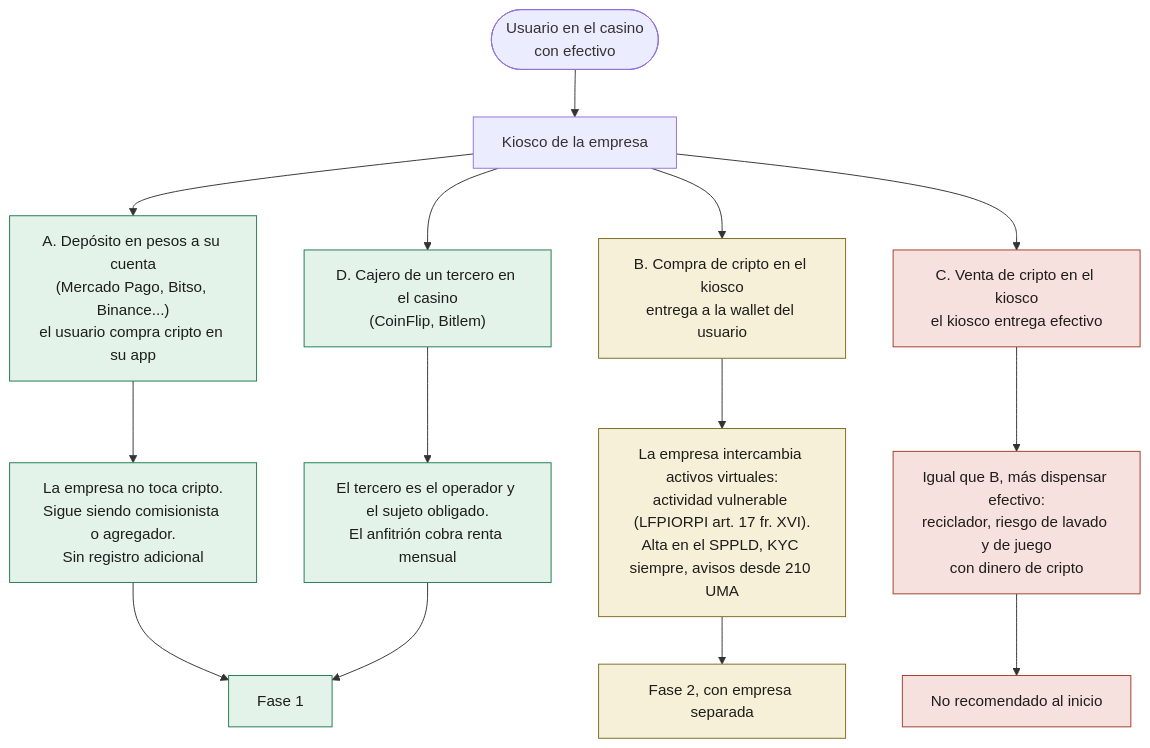
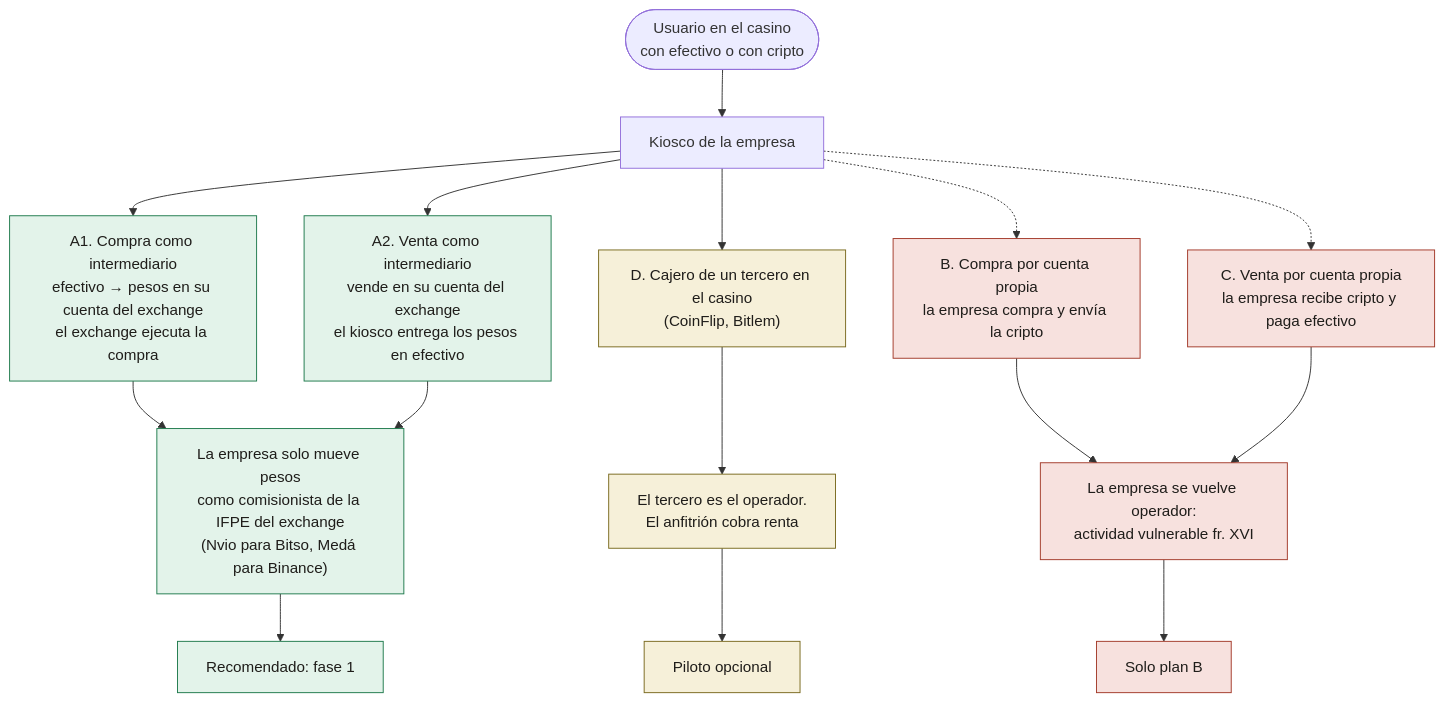
One commit to LuisMaciasC/mclr changed the diagram in estudios/diagramas/d7-cripto-modalidades.mmd. Above: the diagram before and after it, drawn with Mermaid. The commit also changed 7 other files, not shown here.

First line of the commit message:
Versión 5.1: las 72 entidades en todas las comparativas y cripto como intermediario

```diff
--- a/estudios/diagramas/d7-cripto-modalidades.mmd
+++ b/estudios/diagramas/d7-cripto-modalidades.mmd
@@ -1,21 +1,22 @@
 flowchart TB
-  U(["Usuario en el casino<br/>con efectivo"])
+  U(["Usuario en el casino<br/>con efectivo o con cripto"])
   U --> K["Kiosco de la empresa"]
-  K --> A["A. Depósito en pesos a su cuenta<br/>(Mercado Pago, Bitso, Binance...)<br/>el usuario compra cripto en su app"]
-  K --> B["B. Compra de cripto en el kiosco<br/>entrega a la wallet del usuario"]
-  K --> C["C. Venta de cripto en el kiosco<br/>el kiosco entrega efectivo"]
+  K --> A1["A1. Compra como intermediario<br/>efectivo → pesos en su cuenta del exchange<br/>el exchange ejecuta la compra"]
+  K --> A2["A2. Venta como intermediario<br/>vende en su cuenta del exchange<br/>el kiosco entrega los pesos en efectivo"]
   K --> D["D. Cajero de un tercero en el casino<br/>(CoinFlip, Bitlem)"]
-  A --> A1["La empresa no toca cripto.<br/>Sigue siendo comisionista o agregador.<br/>Sin registro adicional"]
-  B --> B1["La empresa intercambia activos virtuales:<br/>actividad vulnerable (LFPIORPI art. 17 fr. XVI).<br/>Alta en el SPPLD, KYC siempre, avisos desde 210 UMA"]
-  C --> C1["Igual que B, más dispensar efectivo:<br/>reciclador, riesgo de lavado y de juego<br/>con dinero de cripto"]
-  D --> D1["El tercero es el operador y el sujeto obligado.<br/>El anfitrión cobra renta mensual"]
-  A1 --> R1["Fase 1"]
-  D1 --> R1
-  B1 --> R2["Fase 2, con empresa separada"]
-  C1 --> R3["No recomendado al inicio"]
+  K -.-> B["B. Compra por cuenta propia<br/>la empresa compra y envía la cripto"]
+  K -.-> C["C. Venta por cuenta propia<br/>la empresa recibe cripto y paga efectivo"]
+  A1 --> F1["La empresa solo mueve pesos<br/>como comisionista de la IFPE del exchange<br/>(Nvio para Bitso, Medá para Binance)"]
+  A2 --> F1
+  D --> F2["El tercero es el operador.<br/>El anfitrión cobra renta"]
+  B --> F3["La empresa se vuelve operador:<br/>actividad vulnerable fr. XVI"]
+  C --> F3
+  F1 --> R1["Recomendado: fase 1"]
+  F2 --> R2["Piloto opcional"]
+  F3 --> R3["Solo plan B"]
   classDef ok fill:#e3f3ea,stroke:#1f7a4d,color:#1f1d1a
   classDef mid fill:#f6f0d9,stroke:#7a6a1f,color:#1f1d1a
   classDef no fill:#f7e1de,stroke:#a33a2a,color:#1f1d1a
-  class A,A1,D,D1,R1 ok
-  class B,B1,R2 mid
-  class C,C1,R3 no
+  class A1,A2,F1,R1 ok
+  class D,F2,R2 mid
+  class B,C,F3,R3 no
```
